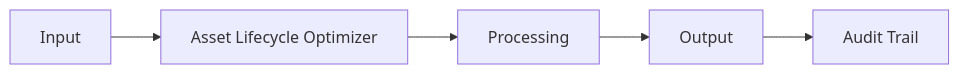
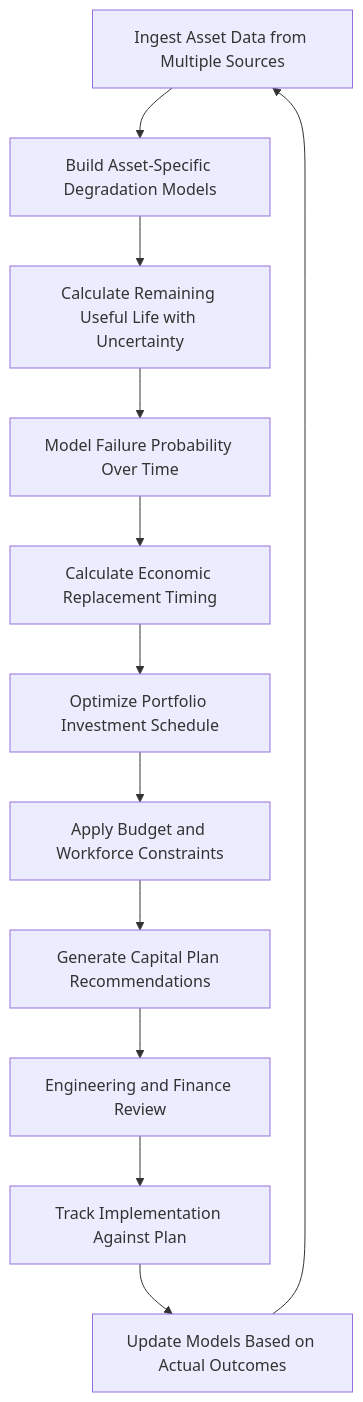
Before and after one commit to andrew-leo-2024/marketplace-docs: the diagram in docs/audiences/03-critical-infrastructure/asset-lifecycle-optimizer.mdx, drawn with Mermaid. The commit also changed other lines of this file and 401 other files, not shown here.

````diff
--- a/docs/audiences/03-critical-infrastructure/asset-lifecycle-optimizer.mdx
+++ b/docs/audiences/03-critical-infrastructure/asset-lifecycle-optimizer.mdx
@@ -29,7 +35,14 @@
 ```mermaid
-graph LR
-    A[Input] --> B[Asset Lifecycle Optimizer]
-    B --> C[Processing]
-    C --> D[Output]
-    D --> E[Audit Trail]
+graph TD
+    A[Ingest Asset Data from Multiple Sources] --> B[Build Asset-Specific Degradation Models]
+    B --> C[Calculate Remaining Useful Life with Uncertainty]
+    C --> D[Model Failure Probability Over Time]
+    D --> E[Calculate Economic Replacement Timing]
+    E --> F[Optimize Portfolio Investment Schedule]
+    F --> G[Apply Budget and Workforce Constraints]
+    G --> H[Generate Capital Plan Recommendations]
+    H --> I[Engineering and Finance Review]
+    I --> J[Track Implementation Against Plan]
+    J --> K[Update Models Based on Actual Outcomes]
+    K --> A
 ```
````
